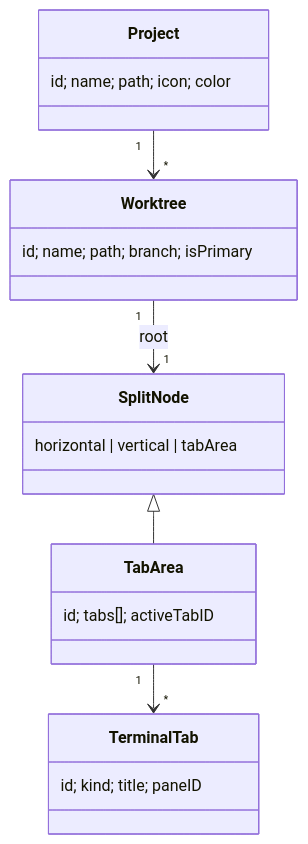
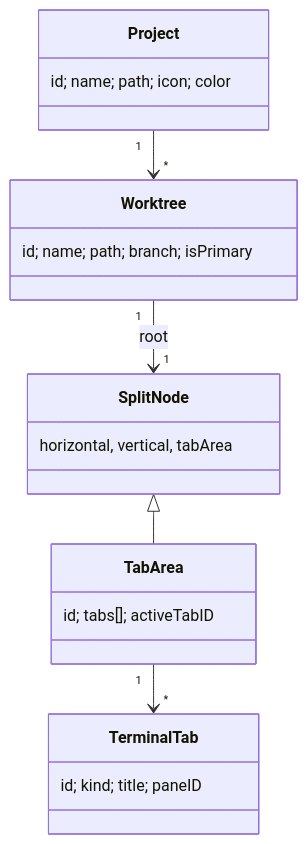
Before and after one commit to hlouis/muxy: the second of 2 diagrams in docs/developer/architecture/state-management.md, drawn with Mermaid. The commit also changed 18 other files, not shown here.

````diff
--- a/docs/developer/architecture/state-management.md
+++ b/docs/developer/architecture/state-management.md
@@ -20,12 +20,12 @@
 ```mermaid
 classDiagram
   class Project { id; name; path; icon; color }
   class Worktree { id; name; path; branch; isPrimary }
-  class SplitNode { horizontal | vertical | tabArea }
+  class SplitNode { horizontal, vertical, tabArea }
   class TabArea { id; tabs[]; activeTabID }
   class TerminalTab { id; kind; title; paneID }
   Project "1" --> "*" Worktree
   Worktree "1" --> "1" SplitNode : root
   SplitNode <|-- TabArea
   TabArea "1" --> "*" TerminalTab
 ```
````
